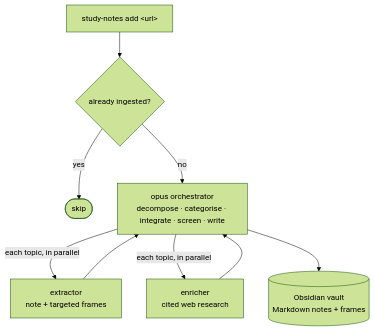
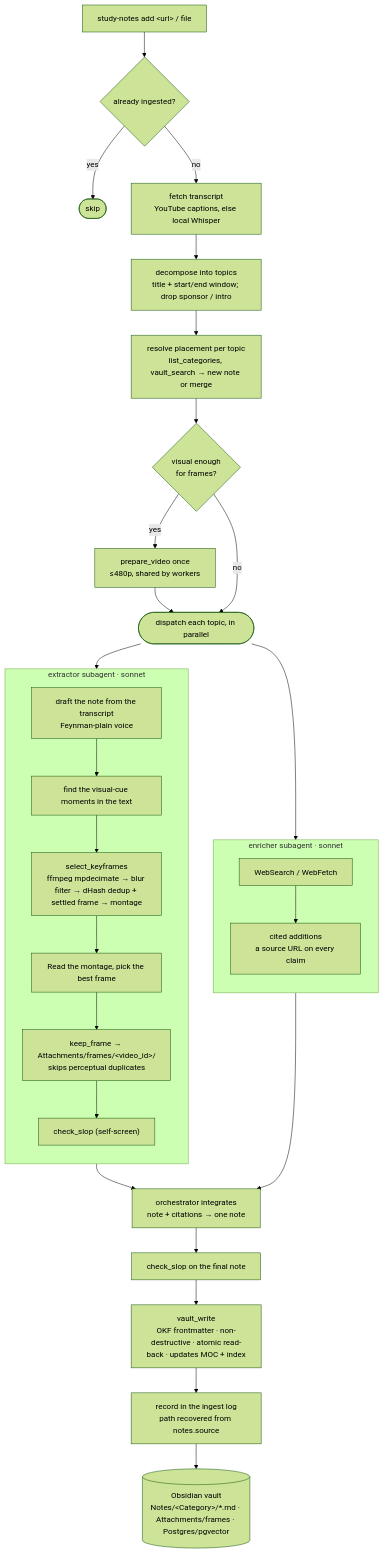
One commit to 8ballbb/study-notes changed the diagram in README.md. Above: the diagram before and after it, drawn with Mermaid (forest theme).

Commit message:
docs(readme): detailed pipeline flowchart
Expand the Mermaid diagram into the full run: dedup gate, transcript (+Whisper
fallback), decomposition, placement, frame gate, the parallel extractor (with its
mpdecimate→blur→dedup/settled→montage→keep frame sub-pipeline) and enricher, then
integrate → slop-screen → OKF vault_write → ingest-log record → vault.

````diff
--- a/README.md
+++ b/README.md
@@ -44,11 +44,40 @@
 ```mermaid
-flowchart TD
-    CLI["study-notes add &lt;url&gt;"] --> DEDUP{"already ingested?"}
+flowchart TB
+    CLI["study-notes add &lt;url&gt; / file"] --> DEDUP{"already ingested?"}
     DEDUP -->|yes| SKIP([skip])
-    DEDUP -->|no| ORCH["opus orchestrator<br/>decompose · categorise · integrate · screen · write"]
-    ORCH -->|"each topic, in parallel"| EX["extractor<br/>note + targeted frames"]
-    ORCH -->|"each topic, in parallel"| EN["enricher<br/>cited web research"]
-    EX --> ORCH
-    EN --> ORCH
-    ORCH --> VAULT[("Obsidian vault<br/>Markdown notes + frames")]
+    DEDUP -->|no| FETCH["fetch transcript<br/>YouTube captions, else local Whisper"]
+
+    FETCH --> SPLIT["decompose into topics<br/>title + start/end window; drop sponsor / intro"]
+    SPLIT --> PLACE["resolve placement per topic<br/>list_categories, vault_search → new note or merge"]
+    PLACE --> GATE{"visual enough<br/>for frames?"}
+
+    PREP["prepare_video once<br/>≤480p, shared by workers"]
+    DISPATCH(["dispatch each topic, in parallel"])
+    GATE -->|yes| PREP --> DISPATCH
+    GATE -->|no| DISPATCH
+
+    DISPATCH --> EXT
+    DISPATCH --> ENR
+
+    subgraph EXT["extractor subagent · sonnet"]
+        direction TB
+        DRAFT["draft the note from the transcript<br/>Feynman-plain voice"]
+        DRAFT --> CUES["find the visual-cue moments in the text"]
+        CUES --> SEL["select_keyframes<br/>ffmpeg mpdecimate → blur filter → dHash dedup + settled frame → montage"]
+        SEL --> PICK["Read the montage, pick the best frame"]
+        PICK --> KEEP["keep_frame → Attachments/frames/&lt;video_id&gt;/<br/>skips perceptual duplicates"]
+        KEEP --> SS1["check_slop (self-screen)"]
+    end
+
+    subgraph ENR["enricher subagent · sonnet"]
+        direction TB
+        WEB["WebSearch / WebFetch"] --> CITE["cited additions<br/>a source URL on every claim"]
+    end
+
+    EXT --> INT["orchestrator integrates<br/>note + citations → one note"]
+    ENR --> INT
+    INT --> SCREEN["check_slop on the final note"]
+    SCREEN --> WRITE["vault_write<br/>OKF frontmatter · non-destructive · atomic read-back · updates MOC + index"]
+    WRITE --> REC["record in the ingest log<br/>path recovered from notes.source"]
+    REC --> STORE[("Obsidian vault<br/>Notes/&lt;Category&gt;/*.md · Attachments/frames · Postgres/pgvector")]
 ```
````
